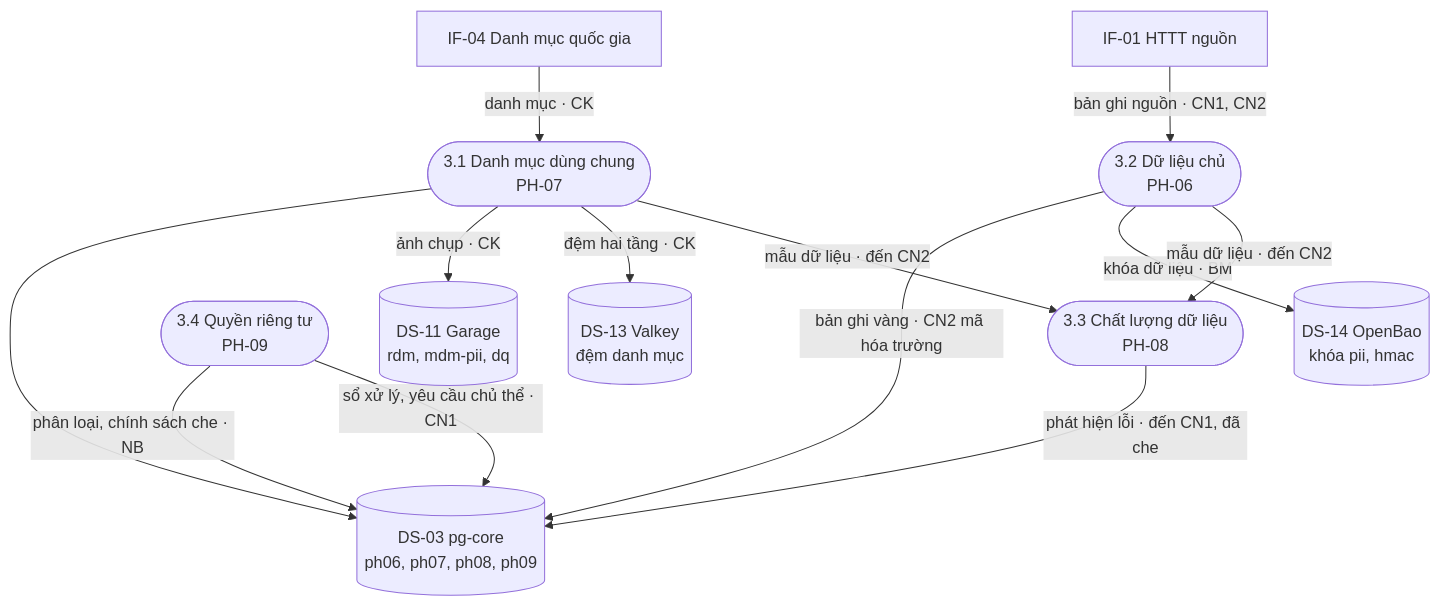
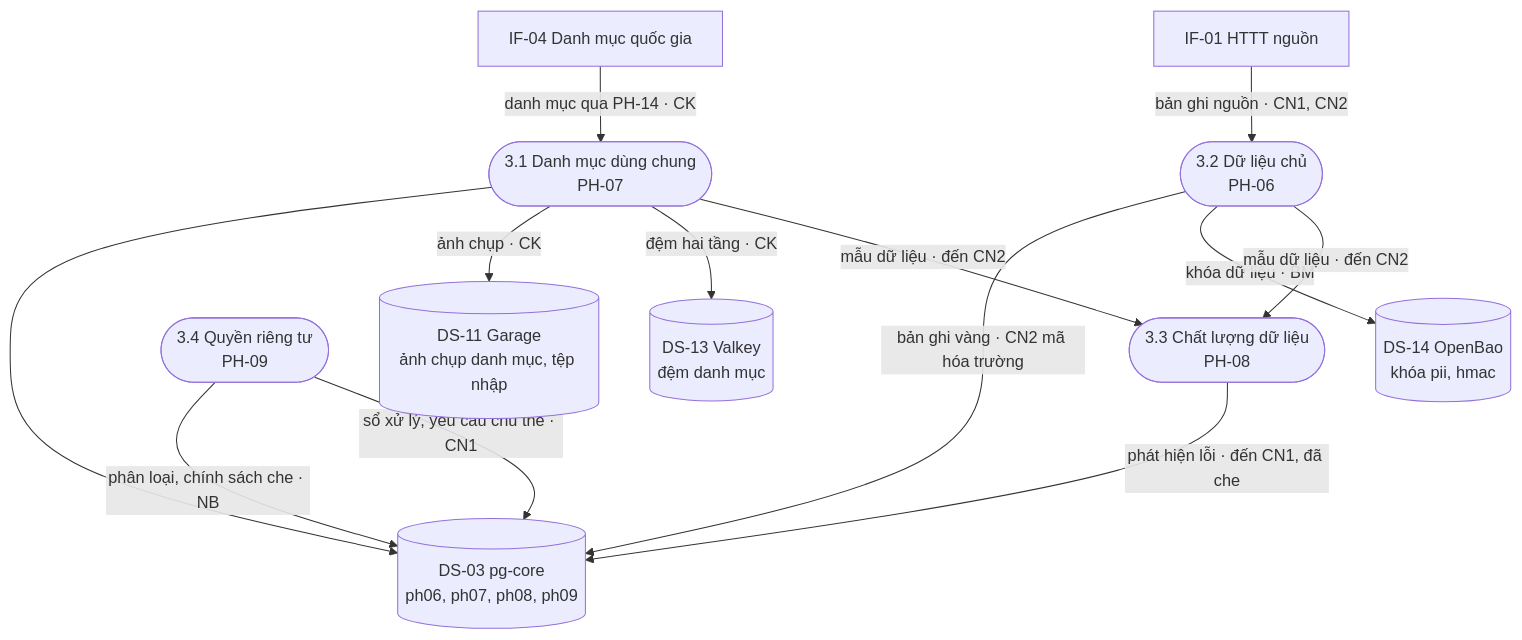
The sixth of 17 diagrams in datahub-docs/02-yeu-cau/D02-06-dfd-phan-loai-du-lieu.md (caprocute/DATAHUB), drawn with Mermaid before and after one commit. The commit also changed other lines of this file, not shown here.

````diff
--- a/datahub-docs/02-yeu-cau/D02-06-dfd-phan-loai-du-lieu.md
+++ b/datahub-docs/02-yeu-cau/D02-06-dfd-phan-loai-du-lieu.md
@@ -364,24 +367,24 @@
 ```{.mermaid caption="DFD mức 1 miền Dữ liệu dùng chung"}
 flowchart TB
   QG["IF-04 Danh mục quốc gia"]
   HT["IF-01 HTTT nguồn"]
   P31(["3.1 Danh mục dùng chung<br/>PH-07"])
   P32(["3.2 Dữ liệu chủ<br/>PH-06"])
   P33(["3.3 Chất lượng dữ liệu<br/>PH-08"])
   P34(["3.4 Quyền riêng tư<br/>PH-09"])
   DS03[("DS-03 pg-core<br/>ph06, ph07, ph08, ph09")]
-  DS11[("DS-11 Garage<br/>rdm, mdm-pii, dq")]
+  DS11[("DS-11 Garage<br/>ảnh chụp danh mục, tệp nhập")]
   DS13[("DS-13 Valkey<br/>đệm danh mục")]
   DS14[("DS-14 OpenBao<br/>khóa pii, hmac")]
-  QG -->|"danh mục · CK"| P31
+  QG -->|"danh mục qua PH-14 · CK"| P31
   P31 --> DS03
   P31 -->|"ảnh chụp · CK"| DS11
   P31 -->|"đệm hai tầng · CK"| DS13
   HT -->|"bản ghi nguồn · CN1, CN2"| P32
   P32 -->|"bản ghi vàng · CN2 mã hóa trường"| DS03
   P32 -->|"khóa dữ liệu · BM"| DS14
   P32 & P31 -->|"mẫu dữ liệu · đến CN2"| P33
   P33 -->|"phát hiện lỗi · đến CN1, đã che"| DS03
   P34 -->|"phân loại, chính sách che · NB"| DS03
   P34 -->|"sổ xử lý, yêu cầu chủ thể · CN1"| DS03
 ```
````
